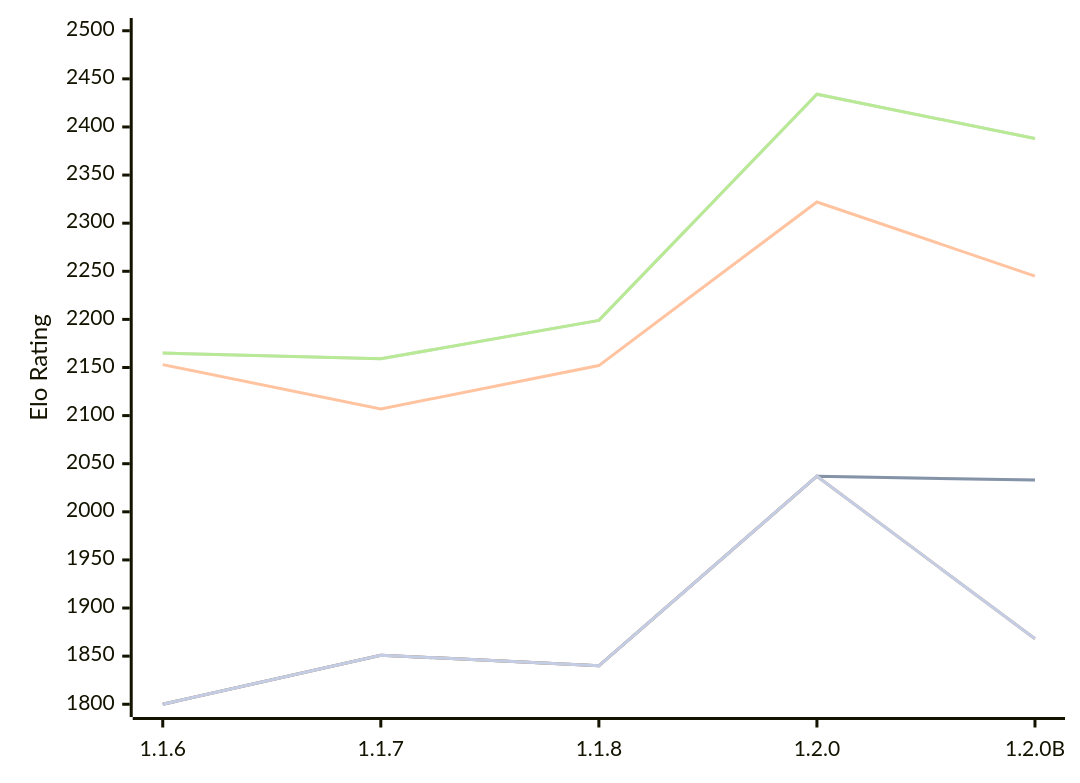
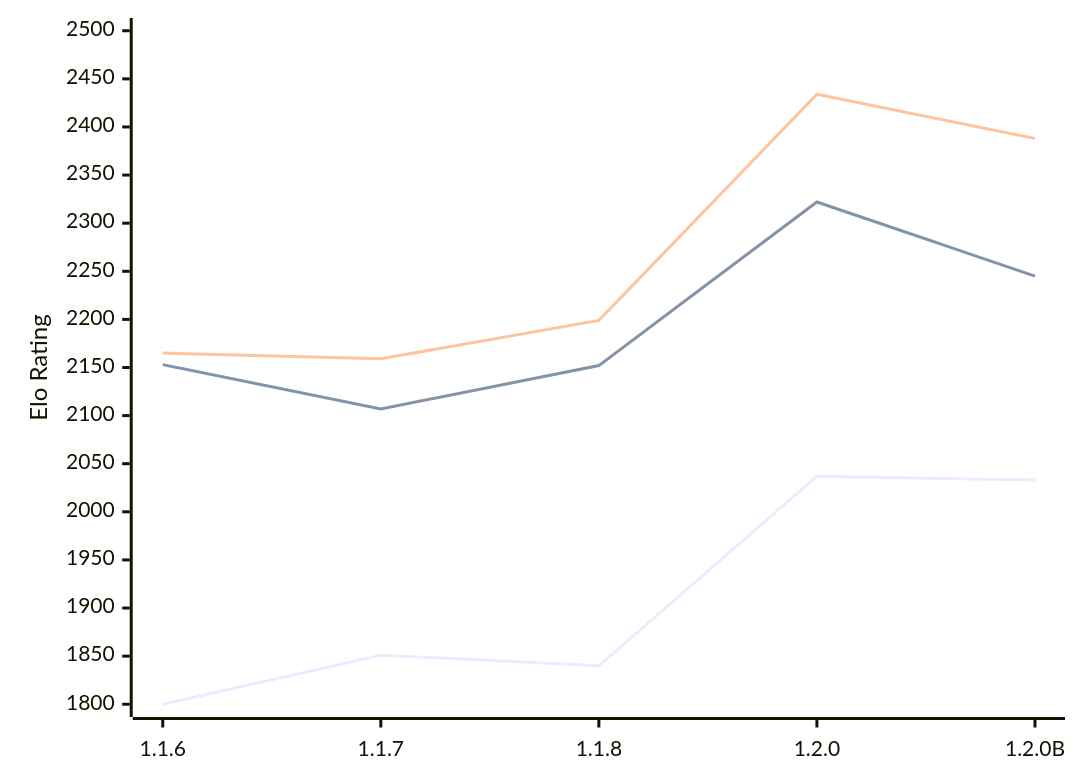
Before and after one commit to computer-chess-index/cci: the diagram in engines/Soomi.md, drawn with Mermaid. The commit also changed other lines of this file, not shown here.

````diff
--- a/engines/Soomi.md
+++ b/engines/Soomi.md
@@ -51,13 +51,9 @@
 ```mermaid
 %%{init: {"theme":"base","themeVariables":{"seriesColors:['#a3a3a3','#222221','#faa371']}}}%%
 xychart-beta
   x-axis ["1.1.6", "1.1.7", "1.1.8", "1.2.0", "1.2.0B"]
   y-axis "Elo Rating" 1800 --> 2500
-  line "" [1800, 1851, 1840, 2037, 2033]
   line "T1: STC (8.0+0.08s)" [1800, 1851, 1840, 2037, 2033]
   line "T1: LTC (60.0+0.60s)" [2153, 2107, 2152, 2322, 2245]
-  line "" [2165, 2159, 2199, 2434, 2388]
   line "T1: VLTC (2m24s+1.12s)" [2165, 2159, 2199, 2434, 2388]
-  line "" [1800, 1851, 1840, 2037,1868]
-  line "E1: STC (8.0+0.08s)" [1800, 1851, 1840, 2037,1868]
 ```
````
